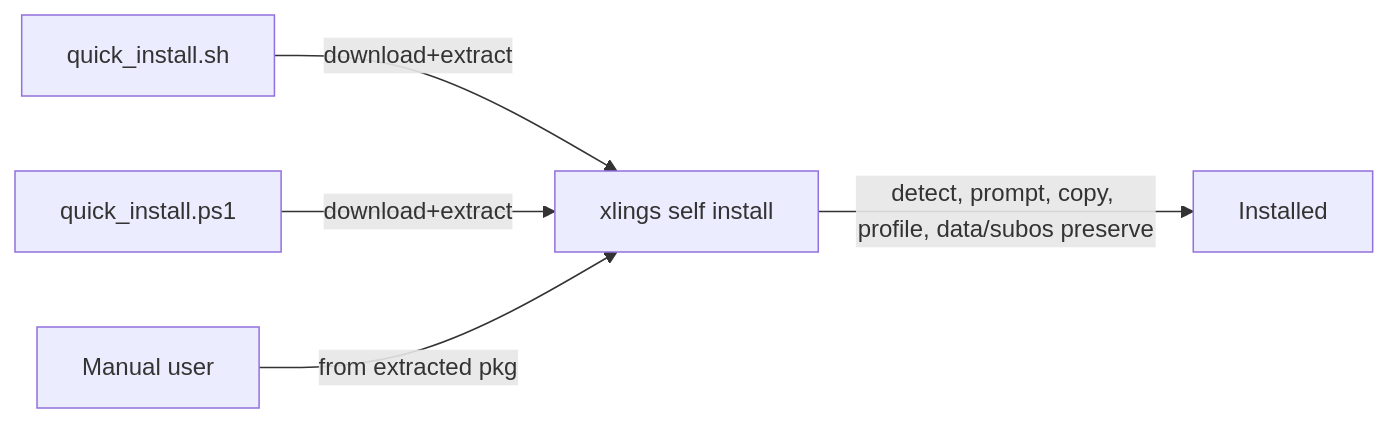
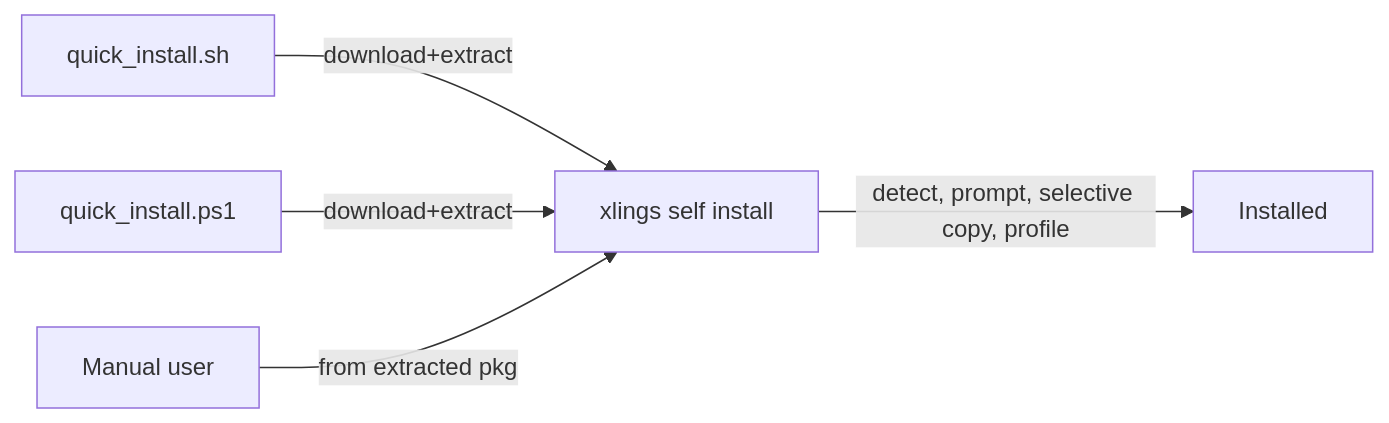
The second of 2 diagrams in docs/mcpp-version/self-install-internalize.md (d2learn/xlings), drawn with Mermaid before and after one commit. The commit also changed other lines of this file and 4 other files, not shown here.

First line of the commit message:
fix(self-install): preserve data/subos without backup-restore (#145)

````diff
--- a/docs/mcpp-version/self-install-internalize.md
+++ b/docs/mcpp-version/self-install-internalize.md
@@ -17,7 +21,7 @@
 ```mermaid
 flowchart LR
     QuickSH["quick_install.sh"] -->|download+extract| SelfInstall["xlings self install"]
     QuickPS["quick_install.ps1"] -->|download+extract| SelfInstall
     ManualUser["Manual user"] -->|from extracted pkg| SelfInstall
-    SelfInstall -->|"detect, prompt, copy, profile, data/subos preserve"| Done[Installed]
+    SelfInstall -->|"detect, prompt, selective copy, profile"| Done[Installed]
 ```
````
